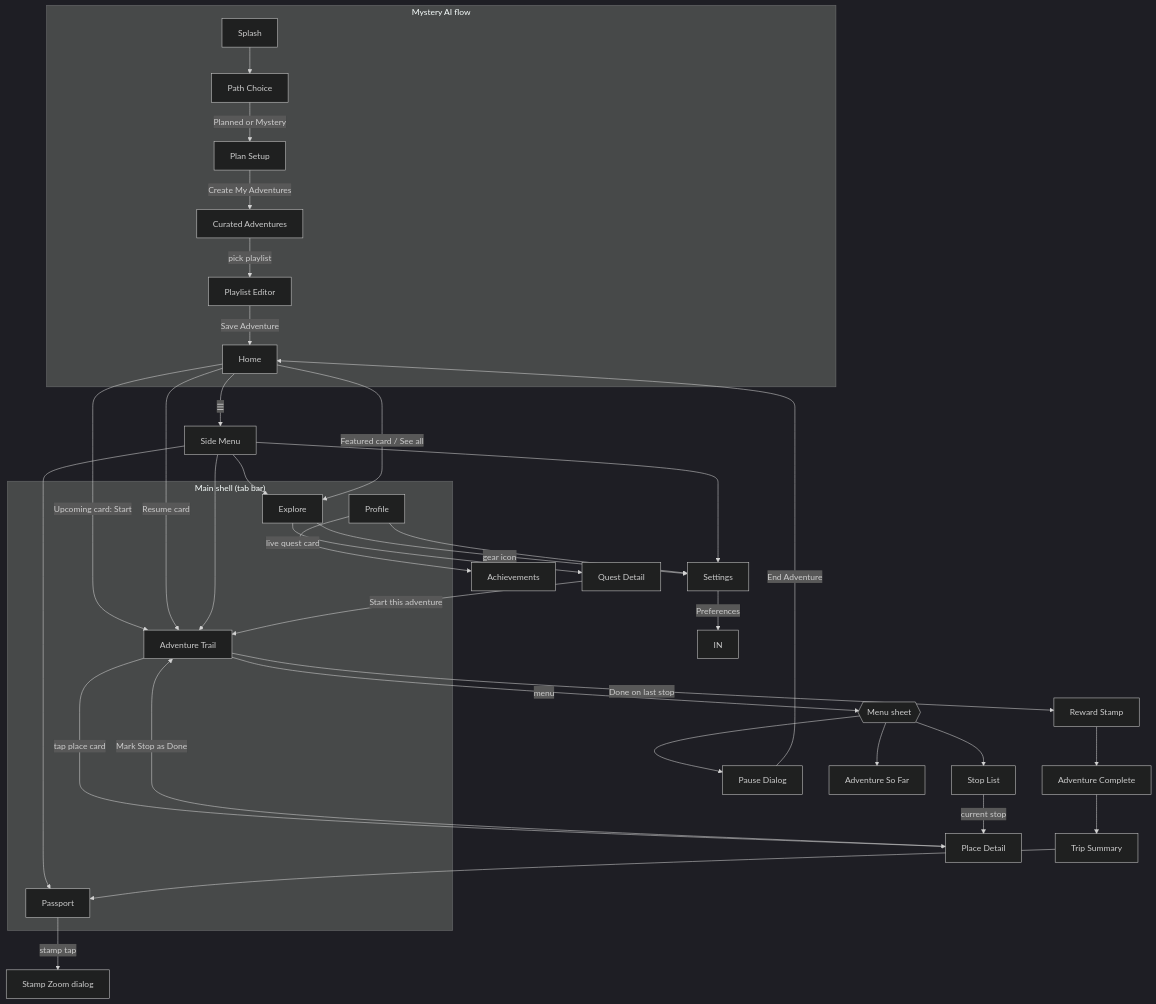
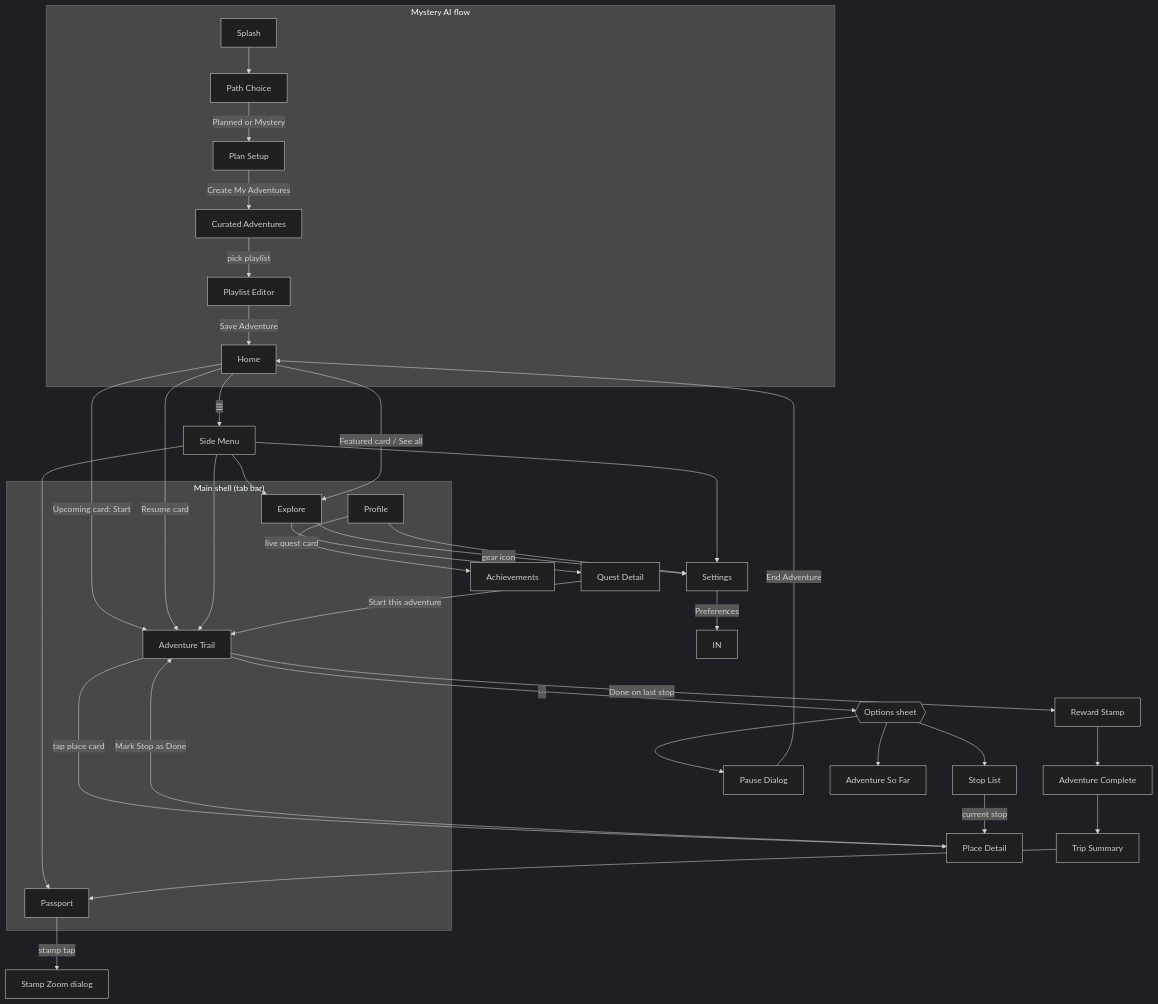
Before and after one commit to pratikHan/MysteryTravel: the diagram in SCREEN_GUIDE.md, drawn with Mermaid (dark theme). The commit also changed other lines of this file and 6 other files, not shown here.

Commit message:
Side Menu ☰ on every tab screen; trail options become ⋯

````diff
--- a/SCREEN_GUIDE.md
+++ b/SCREEN_GUIDE.md
@@ -299,46 +305,46 @@
 ```mermaid
 flowchart TD
     subgraph Planning["Mystery AI flow"]
         SP[Splash] --> PC[Path Choice]
         PC -->|Planned or Mystery| PL[Plan Setup]
         PL -->|Create My Adventures| CA[Curated Adventures]
         CA -->|pick playlist| PE[Playlist Editor]
         PE -->|Save Adventure| HO
     end
     HO -->|Upcoming card: Start| AT
 
     subgraph Tabs["Main shell (tab bar)"]
         HO[Home]
         EX[Explore]
         AT[Adventure Trail]
         PA[Passport]
         PF[Profile]
     end
 
     HO -->|Resume card| AT
     HO -->|☰| SM[Side Menu]
     SM --> AT
     SM --> EX
     SM --> PA
     SM --> SE
     HO -->|Featured card / See all| EX
     EX -->|live quest card| QD[Quest Detail]
     QD -->|Start this adventure| AT
     EX -->|gear icon| SE
 
     AT -->|tap place card| PD[Place Detail]
     PD -->|Mark Stop as Done| AT
     AT -->|Done on last stop| RS[Reward Stamp]
     RS --> AC[Adventure Complete] --> TS[Trip Summary] --> PA
-    AT -->|menu| MEN{{Menu sheet}}
+    AT -->|⋯| MEN{{Options sheet}}
     MEN --> PAU[Pause Dialog]
     MEN --> SL[Stop List]
     MEN --> SF[Adventure So Far]
     SL -->|current stop| PD
     PAU -->|End Adventure| HO
 
     PF --> SE[Settings]
     PF --> AH[Achievements]
     SE -->|Preferences| IN
     PA -->|stamp tap| ZM[Stamp Zoom dialog]
 ```
````
